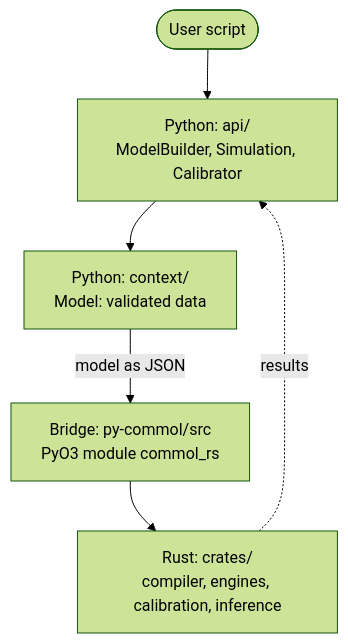
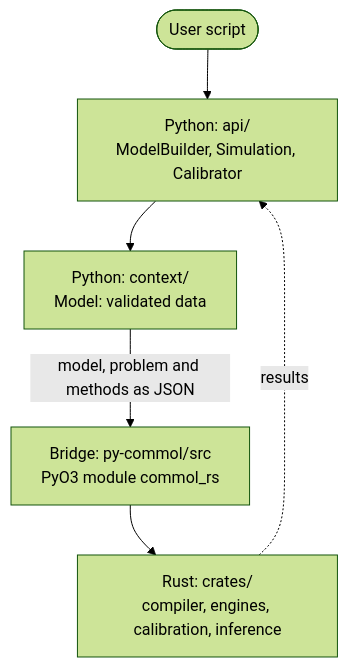
One commit to MUNQU/commol changed the first of 3 diagrams in docs/codebase/architecture.md. Above: the diagram before and after it, drawn with Mermaid (forest theme). The commit also changed 146 other files, not shown here.

````diff
--- a/docs/codebase/architecture.md
+++ b/docs/codebase/architecture.md
@@ -16,13 +16,13 @@
 ```mermaid
 flowchart TB
     U([User script])
     API["Python: api/<br/>ModelBuilder, Simulation, Calibrator"]
     CTX["Python: context/<br/>Model: validated data"]
     BR["Bridge: py-commol/src<br/>PyO3 module commol_rs"]
     RS["Rust: crates/<br/>compiler, engines, calibration, inference"]
     U --> API
     API --> CTX
-    CTX -->|model as JSON| BR
+    CTX -->|model, problem and methods as JSON| BR
     BR --> RS
     RS -.->|results| API
 ```
````
